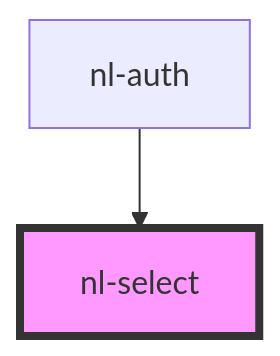
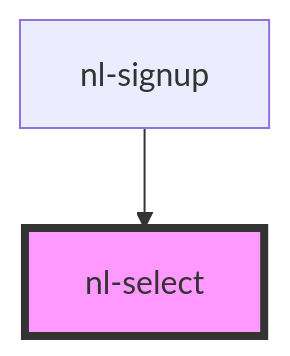
Before and after one commit to nostrband/nostr-login: the diagram in packages/components/src/components/nl-select/readme.md, drawn with Mermaid. The commit also changed other lines of this file and 46 other files, not shown here.

````diff
--- a/packages/components/src/components/nl-select/readme.md
+++ b/packages/components/src/components/nl-select/readme.md
@@ -30,5 +32,5 @@
 ```mermaid
 graph TD;
-  nl-auth --> nl-select
+  nl-signup --> nl-select
   style nl-select fill:#f9f,stroke:#333,stroke-width:4px
 ```
````
